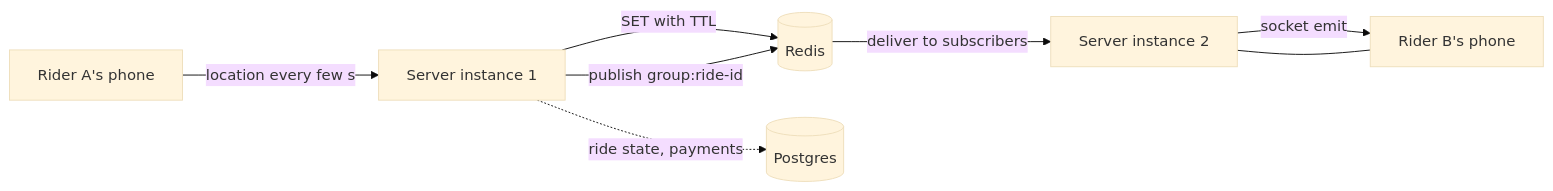
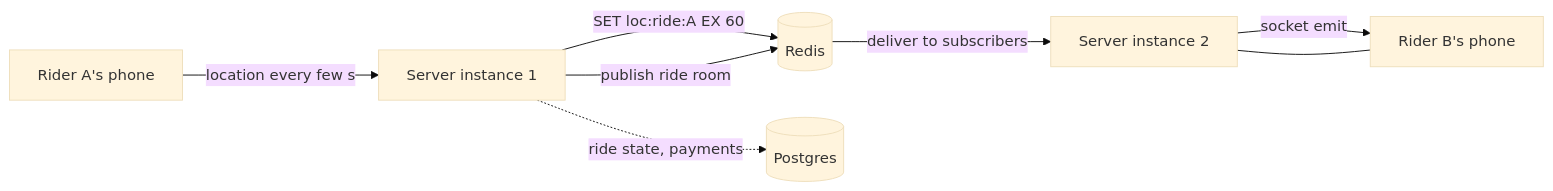
The ninth of 14 diagrams in README.md (yatinsingh2007/HopShare), drawn with Mermaid (base theme) before and after one commit. The commit also changed other lines of this file and 5 other files, not shown here.

````diff
--- a/README.md
+++ b/README.md
@@ -149,10 +359,10 @@
 ```mermaid
 flowchart LR
     A[Rider A's phone] -- location every few s --> S1[Server instance 1]
     B[Rider B's phone] --- S2[Server instance 2]
-    S1 -- SET with TTL --> R[(Redis)]
-    S1 -- publish group:ride-id --> R
+    S1 -- SET loc:ride:A EX 60 --> R[(Redis)]
+    S1 -- publish ride room --> R
     R -- deliver to subscribers --> S2
     S2 -- socket emit --> B
     S1 -. ride state, payments .-> PG[(Postgres)]
 ```
````
